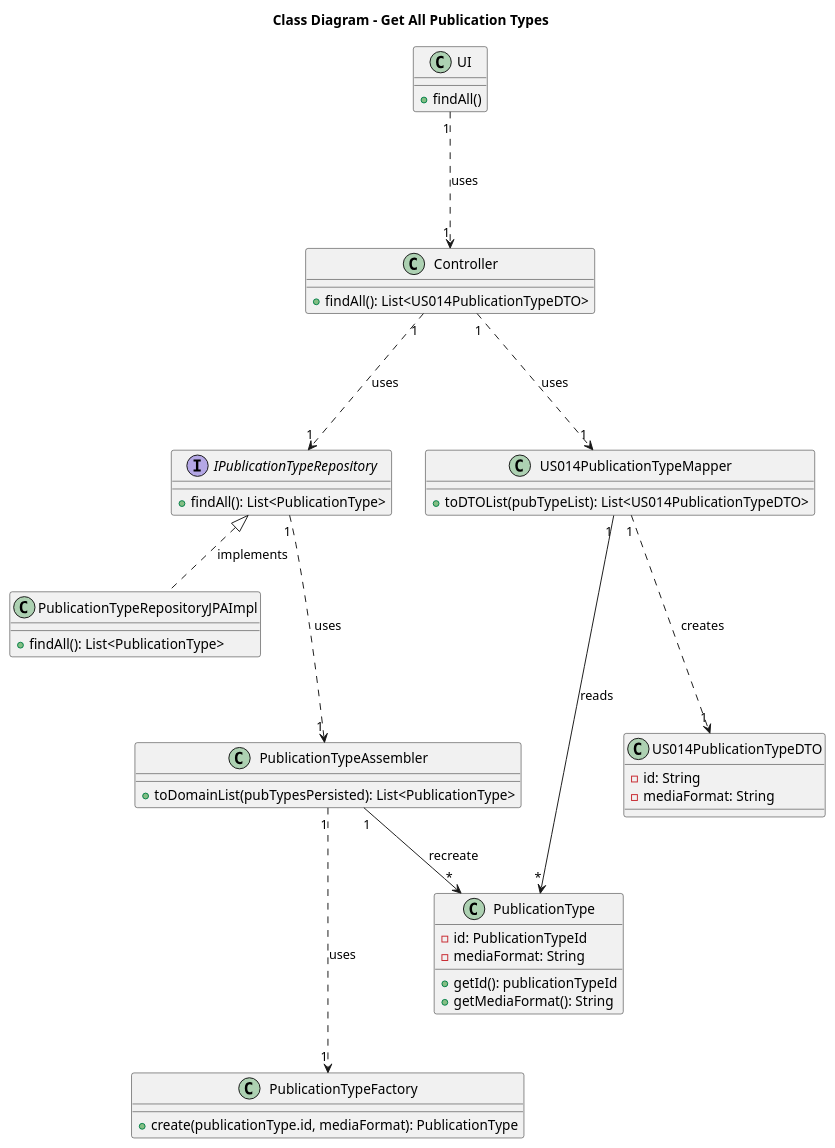
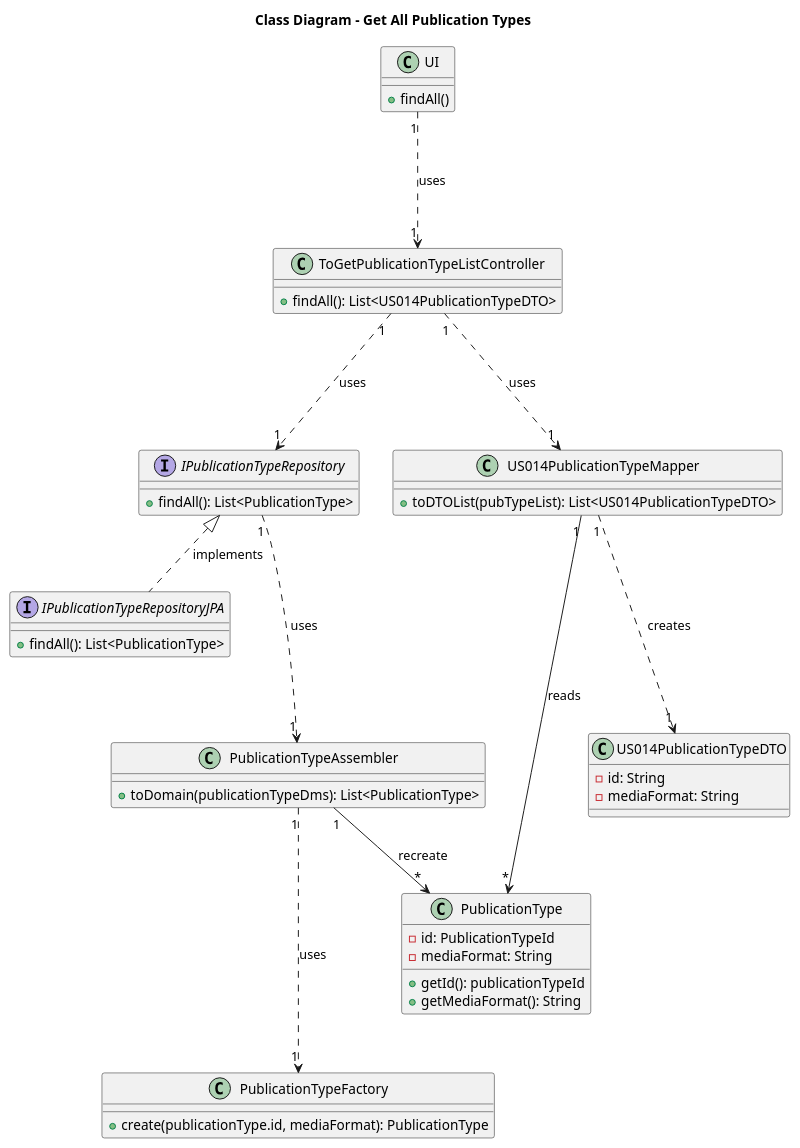
The diagram in Diagrams/ClassDiagrams/To-get-publitaction-type-list.puml (AndrePereiraGitH/SWitCH-Project-Team_A), drawn with PlantUML before and after one commit. The commit also changed 1 other file, not shown here.

```diff
--- a/Diagrams/ClassDiagrams/To-get-publitaction-type-list.puml
+++ b/Diagrams/ClassDiagrams/To-get-publitaction-type-list.puml
@@ -1,65 +1,65 @@
 @startuml
 title Class Diagram - Get All Publication Types
 
 ' ====== UI & Controller ======
 class UI {
   +findAll()
 }
 
-class Controller {
+class ToGetPublicationTypeListController {
   +findAll(): List<US014PublicationTypeDTO>
 }
 
-UI "1" -.-> "1" Controller : uses
+UI "1" -.-> "1" ToGetPublicationTypeListController : uses
 
 ' ====== Repository Layer ======
 interface IPublicationTypeRepository {
   +findAll(): List<PublicationType>
 }
 
-class PublicationTypeRepositoryJPAImpl {
+interface IPublicationTypeRepositoryJPA {
   +findAll(): List<PublicationType>
 }
 
-IPublicationTypeRepository <|.. PublicationTypeRepositoryJPAImpl : implements
+IPublicationTypeRepository <|.. IPublicationTypeRepositoryJPA : implements
 
-Controller "1" -.-> "1" IPublicationTypeRepository : uses
+ToGetPublicationTypeListController "1" -.-> "1" IPublicationTypeRepository : uses
 
 
 ' ====== Domain ======
 class PublicationType {
   -id: PublicationTypeId
   -mediaFormat: String
   +getId(): publicationTypeId
   +getMediaFormat(): String
 }
 
 ' ====== Assembler & Factory ======
 class PublicationTypeAssembler {
-  +toDomainList(pubTypesPersisted): List<PublicationType>
+  +toDomain(publicationTypeDms): List<PublicationType>
 }
 
 class PublicationTypeFactory {
   +create(publicationType.id, mediaFormat): PublicationType
 }
 
 PublicationTypeAssembler "1" -.-> "1" PublicationTypeFactory : uses
 PublicationTypeAssembler "1" --> "*" PublicationType : recreate
 
 IPublicationTypeRepository "1" -.-> "1" PublicationTypeAssembler : uses
 
 ' ====== DTO & Mapper ======
 class US014PublicationTypeDTO {
   -id: String
   -mediaFormat: String
 }
 
 class US014PublicationTypeMapper {
   +toDTOList(pubTypeList): List<US014PublicationTypeDTO>
 }
 
-Controller "1" -.-> "1" US014PublicationTypeMapper : uses
+ToGetPublicationTypeListController "1" -.-> "1" US014PublicationTypeMapper : uses
 US014PublicationTypeMapper "1" --> "*" PublicationType : reads
 US014PublicationTypeMapper "1" -.-> "1" US014PublicationTypeDTO : creates
 
 @enduml
```
